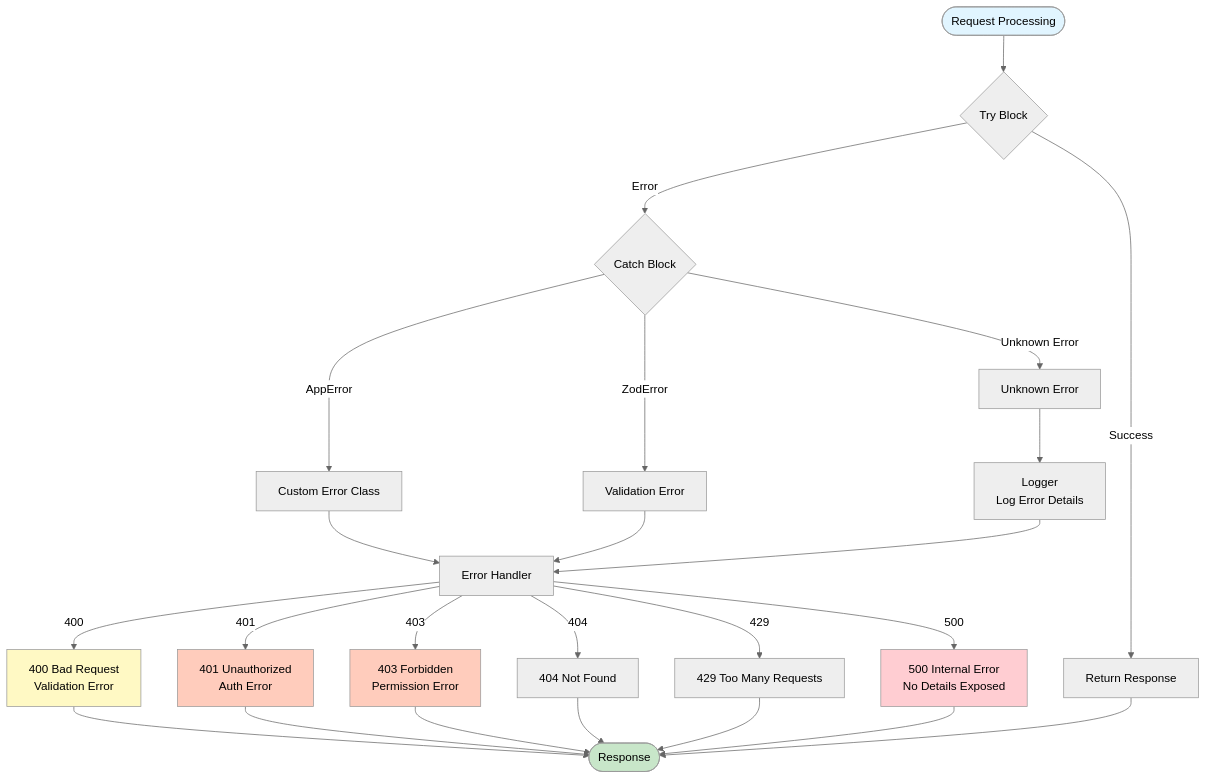
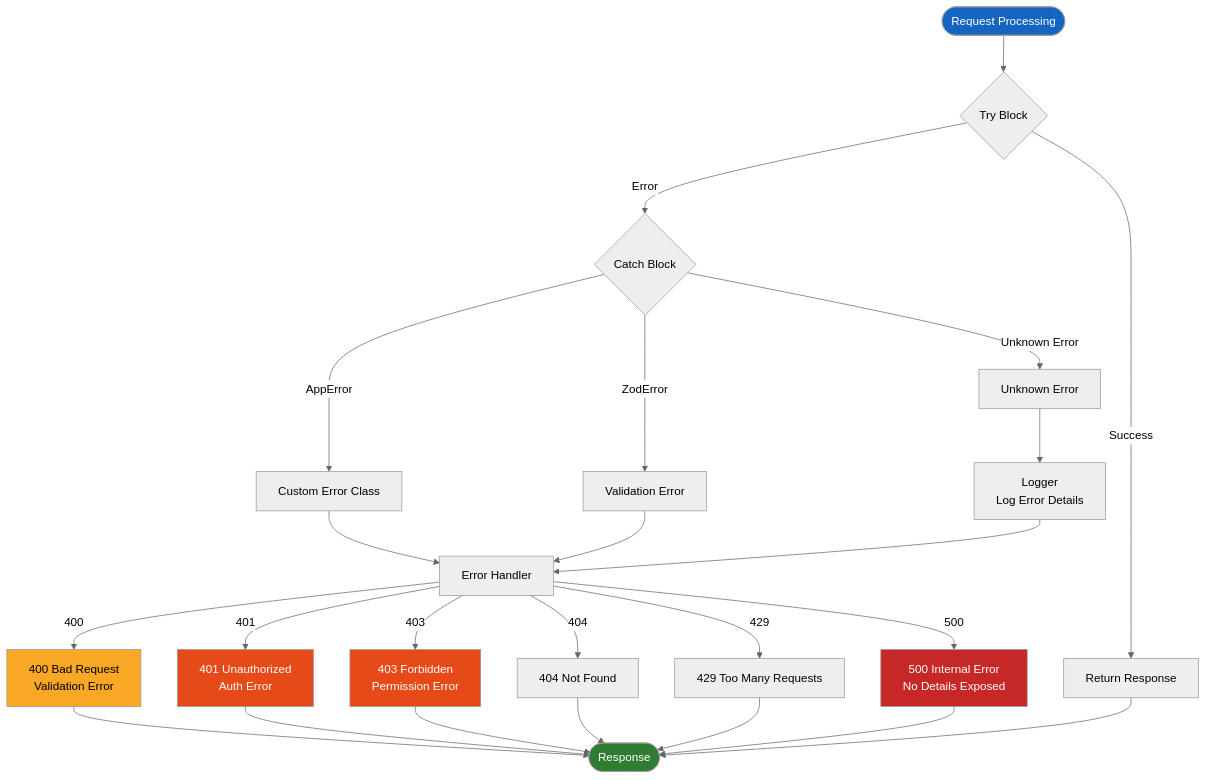
Diagram 14 of 15 in DIAGRAMS.md (v1becheck/Next.js-SaaS-Starter), drawn with Mermaid (neutral theme) before and after one commit. The commit also changed other lines of this file, not shown here.

````diff
--- a/DIAGRAMS.md
+++ b/DIAGRAMS.md
@@ -645,37 +645,37 @@
 ```mermaid
 flowchart TD
     Start([Request Processing]) --> Try{Try Block}
     Try -->|Success| Success[Return Response]
     Try -->|Error| Catch{Catch Block}
     
     Catch -->|AppError| AppError[Custom Error Class]
     Catch -->|ZodError| ZodError[Validation Error]
     Catch -->|Unknown Error| Unknown[Unknown Error]
     
     AppError --> ErrorHandler[Error Handler]
     ZodError --> ErrorHandler
     Unknown --> Logger[Logger<br/>Log Error Details]
     Logger --> ErrorHandler
     
     ErrorHandler -->|400| BadRequest[400 Bad Request<br/>Validation Error]
     ErrorHandler -->|401| Unauthorized[401 Unauthorized<br/>Auth Error]
     ErrorHandler -->|403| Forbidden[403 Forbidden<br/>Permission Error]
     ErrorHandler -->|404| NotFound[404 Not Found]
     ErrorHandler -->|429| RateLimit[429 Too Many Requests]
     ErrorHandler -->|500| ServerError[500 Internal Error<br/>No Details Exposed]
     
     BadRequest --> Response([Response])
     Unauthorized --> Response
     Forbidden --> Response
     NotFound --> Response
     RateLimit --> Response
     ServerError --> Response
     Success --> Response
     
-    style Start fill:#e1f5ff
-    style Response fill:#c8e6c9
-    style BadRequest fill:#fff9c4
-    style Unauthorized fill:#ffccbc
-    style Forbidden fill:#ffccbc
-    style ServerError fill:#ffcdd2
+    style Start fill:#1565c0,color:#fff
+    style Response fill:#2e7d32,color:#fff
+    style BadRequest fill:#f9a825,color:#000
+    style Unauthorized fill:#e64a19,color:#fff
+    style Forbidden fill:#e64a19,color:#fff
+    style ServerError fill:#c62828,color:#fff
 ```
````
